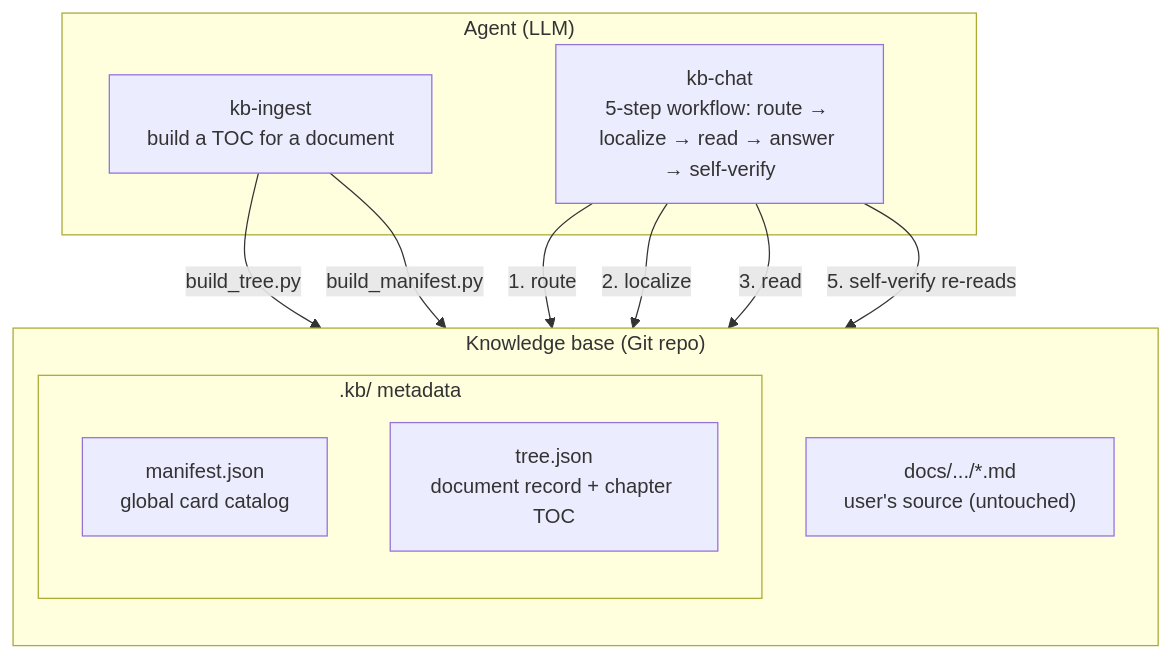
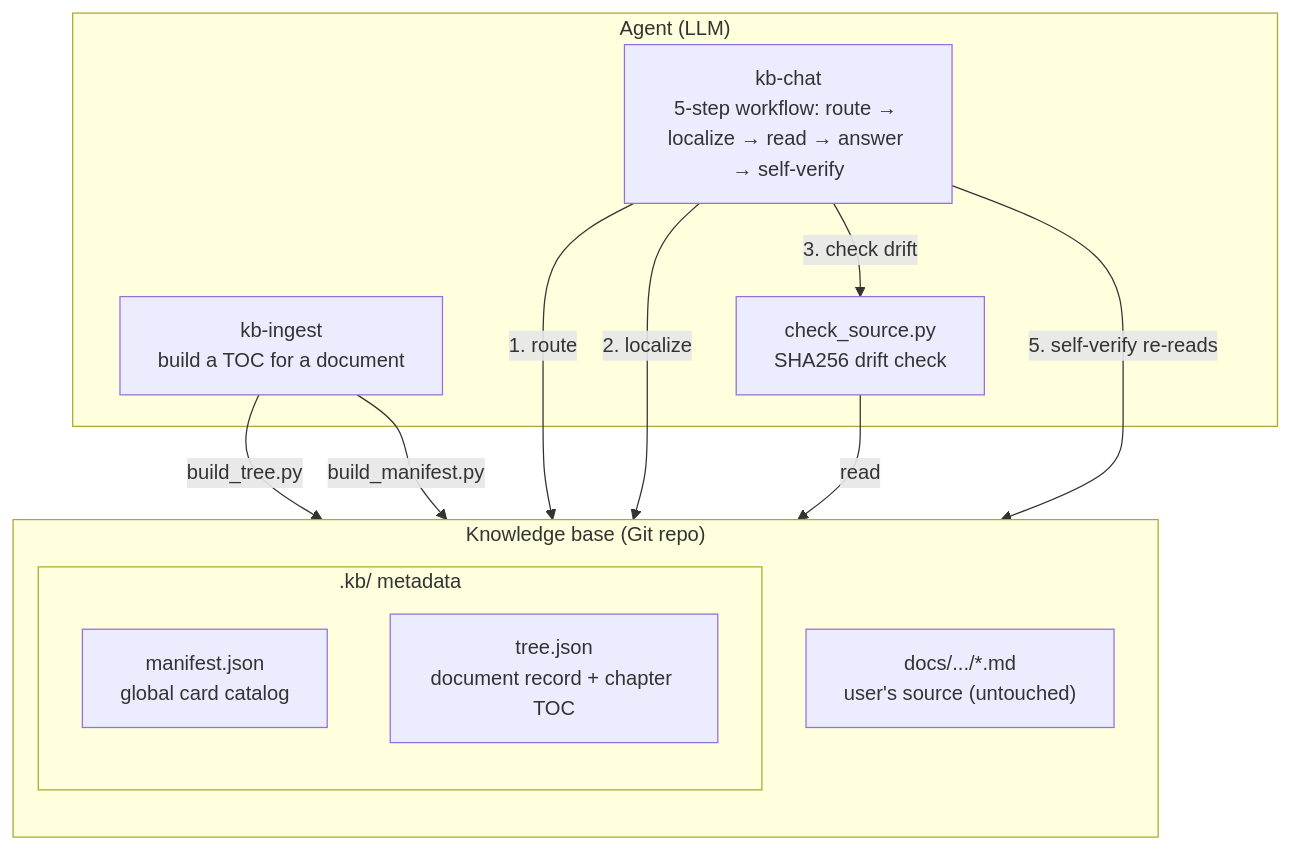
Before and after one commit to waylondev/kb-pilot: the second of 3 diagrams in README.md, drawn with Mermaid. The commit also changed 5 other files, not shown here.

````diff
--- a/README.md
+++ b/README.md
@@ -88,23 +88,25 @@
 ```mermaid
 graph TB
     subgraph Agent["Agent (LLM)"]
         INGEST["kb-ingest<br/>build a TOC for a document"]
         CHAT["kb-chat<br/>5-step workflow: route → localize → read → answer → self-verify"]
+        CHECK["check_source.py<br/>SHA256 drift check"]
     end
 
     subgraph KB["Knowledge base (Git repo)"]
         direction TB
         subgraph Meta[".kb/ metadata"]
             MANIFEST["manifest.json<br/>global card catalog"]
             TREE["tree.json<br/>document record + chapter TOC"]
         end
         SOURCE["docs/.../*.md<br/>user's source (untouched)"]
     end
 
     INGEST -->|"build_tree.py"| TREE
     INGEST -->|"build_manifest.py"| MANIFEST
     CHAT -->|"1. route"| MANIFEST
     CHAT -->|"2. localize"| TREE
-    CHAT -->|"3. read"| SOURCE
+    CHAT -->|"3. check drift"| CHECK
+    CHECK -->|"read"| SOURCE
     CHAT -->|"5. self-verify re-reads"| SOURCE
 ```
````
